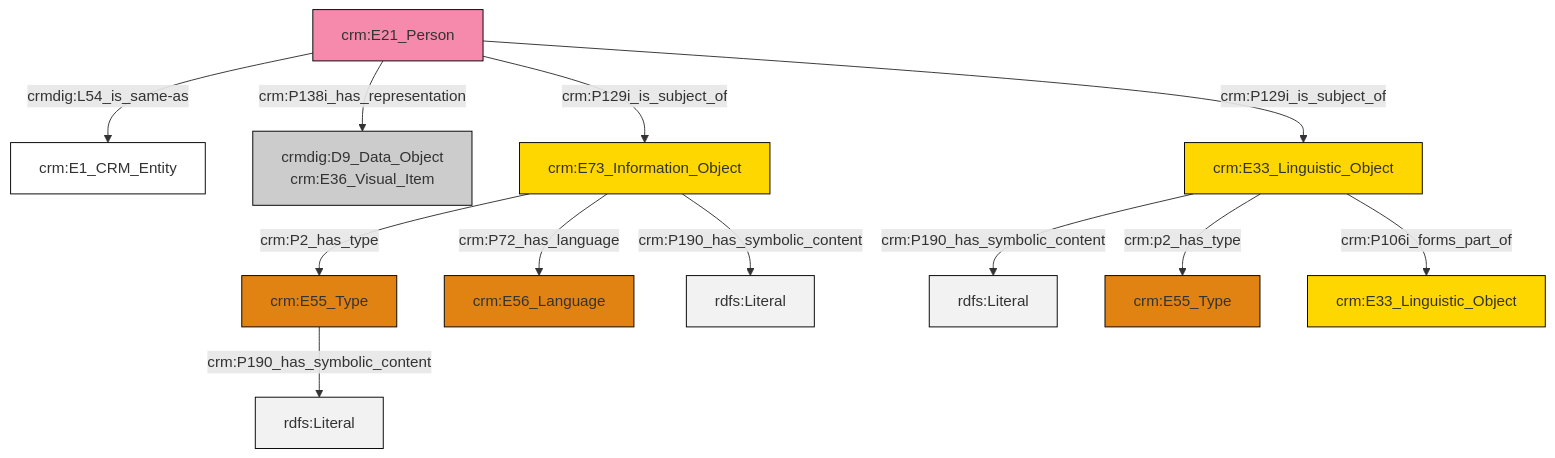
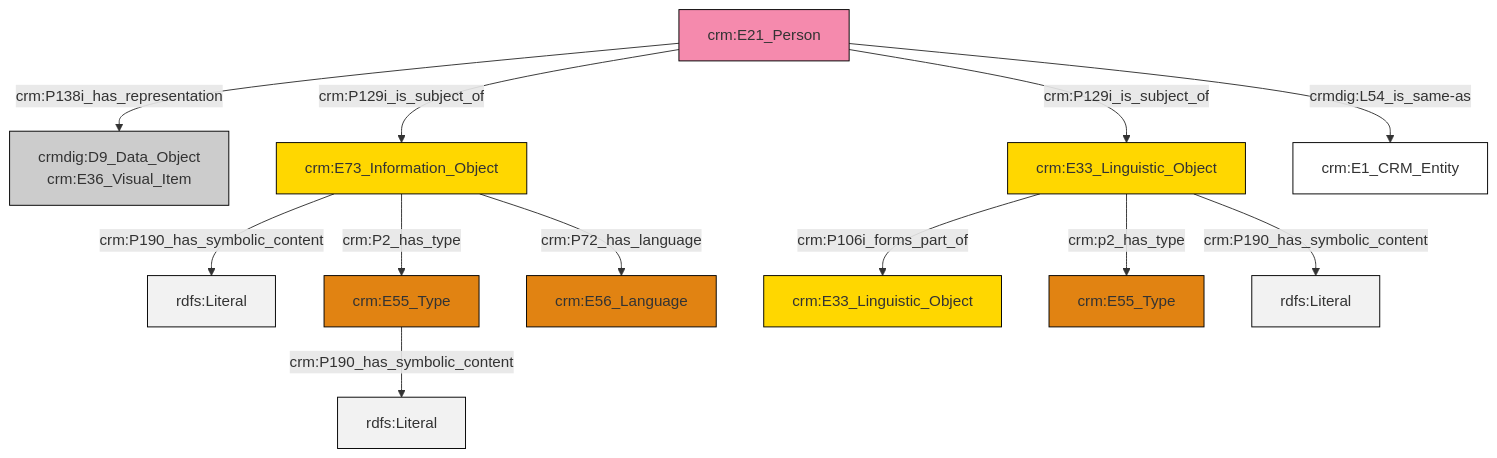
The diagram in et/personCSV/ttl/mmd/Person_Documentation.ttl.mmd (ncarboni/srdm), drawn with Mermaid before and after one commit. The commit also changed 367 other files, not shown here.

```diff
--- a/et/personCSV/ttl/mmd/Person_Documentation.ttl.mmd
+++ b/et/personCSV/ttl/mmd/Person_Documentation.ttl.mmd
@@ -1,26 +1,26 @@
 graph TD
 classDef Literal fill:#f2f2f2,stroke:#000000;
 classDef CRM_Entity fill:#FFFFFF,stroke:#000000;
 classDef Temporal_Entity fill:#00C9E6, stroke:#000000;
 classDef Type fill:#E18312, stroke:#000000;
 classDef Time-Span fill:#2C9C91, stroke:#000000;
 classDef Appellation fill:#FFEB7F, stroke:#000000;
 classDef Place fill:#008836, stroke:#000000;
 classDef Persistent_Item fill:#B266B2, stroke:#000000;
 classDef Conceptual_Object fill:#FFD700, stroke:#000000;
 classDef Physical_Thing fill:#D2B48C, stroke:#000000;
 classDef Actor fill:#f58aad, stroke:#000000;
 classDef PC_Classes fill:#4ce600, stroke:#000000;
 classDef Multi fill:#cccccc,stroke:#000000;
 
-0["crm:E21_Person"]:::Actor -->|crmdig:L54_is_same-as| 1["crm:E1_CRM_Entity"]:::CRM_Entity
-0["crm:E21_Person"]:::Actor -->|crm:P138i_has_representation| 2["crmdig:D9_Data_Object<br>crm:E36_Visual_Item"]:::Multi
-3["crm:E33_Linguistic_Object"]:::Conceptual_Object -->|crm:P190_has_symbolic_content| 4[rdfs:Literal]:::Literal
-0["crm:E21_Person"]:::Actor -->|crm:P129i_is_subject_of| 7["crm:E73_Information_Object"]:::Conceptual_Object
-7["crm:E73_Information_Object"]:::Conceptual_Object -->|crm:P2_has_type| 11["crm:E55_Type"]:::Type
-3["crm:E33_Linguistic_Object"]:::Conceptual_Object -->|crm:p2_has_type| 9["crm:E55_Type"]:::Type
-3["crm:E33_Linguistic_Object"]:::Conceptual_Object -->|crm:P106i_forms_part_of| 13["crm:E33_Linguistic_Object"]:::Conceptual_Object
-7["crm:E73_Information_Object"]:::Conceptual_Object -->|crm:P72_has_language| 19["crm:E56_Language"]:::Type
-0["crm:E21_Person"]:::Actor -->|crm:P129i_is_subject_of| 3["crm:E33_Linguistic_Object"]:::Conceptual_Object
-7["crm:E73_Information_Object"]:::Conceptual_Object -->|crm:P190_has_symbolic_content| 20[rdfs:Literal]:::Literal
-11["crm:E55_Type"]:::Type -->|crm:P190_has_symbolic_content| 21[rdfs:Literal]:::Literal
+0["crm:E33_Linguistic_Object"]:::Conceptual_Object -->|crm:P106i_forms_part_of| 1["crm:E33_Linguistic_Object"]:::Conceptual_Object
+8["crm:E21_Person"]:::Actor -->|crm:P138i_has_representation| 6["crmdig:D9_Data_Object<br>crm:E36_Visual_Item"]:::Multi
+9["crm:E55_Type"]:::Type -->|crm:P190_has_symbolic_content| 10[rdfs:Literal]:::Literal
+2["crm:E73_Information_Object"]:::Conceptual_Object -->|crm:P190_has_symbolic_content| 11[rdfs:Literal]:::Literal
+8["crm:E21_Person"]:::Actor -->|crm:P129i_is_subject_of| 2["crm:E73_Information_Object"]:::Conceptual_Object
+0["crm:E33_Linguistic_Object"]:::Conceptual_Object -->|crm:p2_has_type| 4["crm:E55_Type"]:::Type
+0["crm:E33_Linguistic_Object"]:::Conceptual_Object -->|crm:P190_has_symbolic_content| 16[rdfs:Literal]:::Literal
+8["crm:E21_Person"]:::Actor -->|crm:P129i_is_subject_of| 0["crm:E33_Linguistic_Object"]:::Conceptual_Object
+8["crm:E21_Person"]:::Actor -->|crmdig:L54_is_same-as| 20["crm:E1_CRM_Entity"]:::CRM_Entity
+2["crm:E73_Information_Object"]:::Conceptual_Object -->|crm:P2_has_type| 9["crm:E55_Type"]:::Type
+2["crm:E73_Information_Object"]:::Conceptual_Object -->|crm:P72_has_language| 14["crm:E56_Language"]:::Type
```
